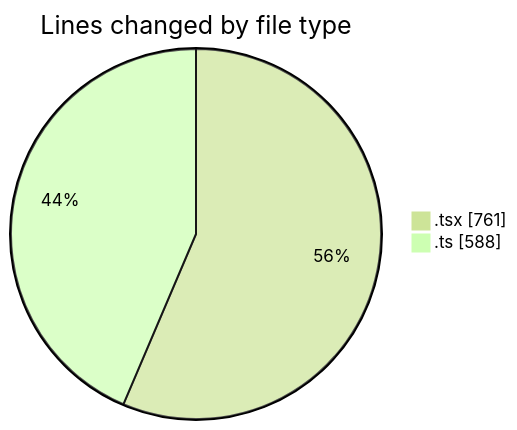
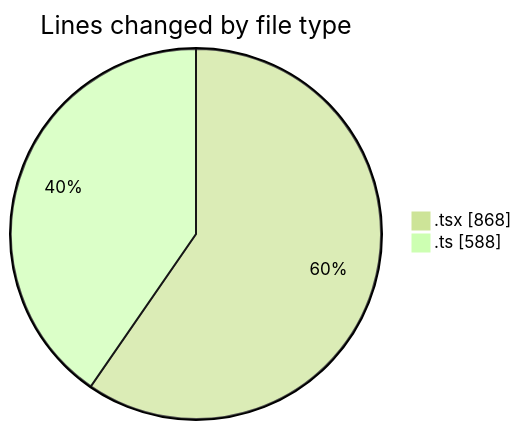
One commit to nxtqubesakshisongat/code-tracking changed the first of 2 diagrams in 2026-04-17/airfeed-analytics-dashboard/README.md. Above: the diagram before and after it, drawn with Mermaid (forest theme). The commit also changed other lines of this file and 1 other file, not shown here.

````diff
--- a/2026-04-17/airfeed-analytics-dashboard/README.md
+++ b/2026-04-17/airfeed-analytics-dashboard/README.md
@@ -26,6 +27,6 @@
 ```mermaid
 pie showData
 title Lines changed by file type
-".tsx" : 761
+".tsx" : 868
 ".ts" : 588
 ```
````
